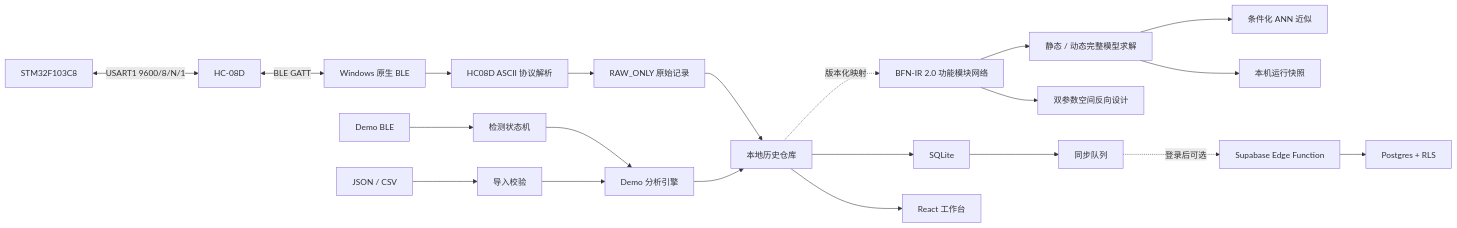
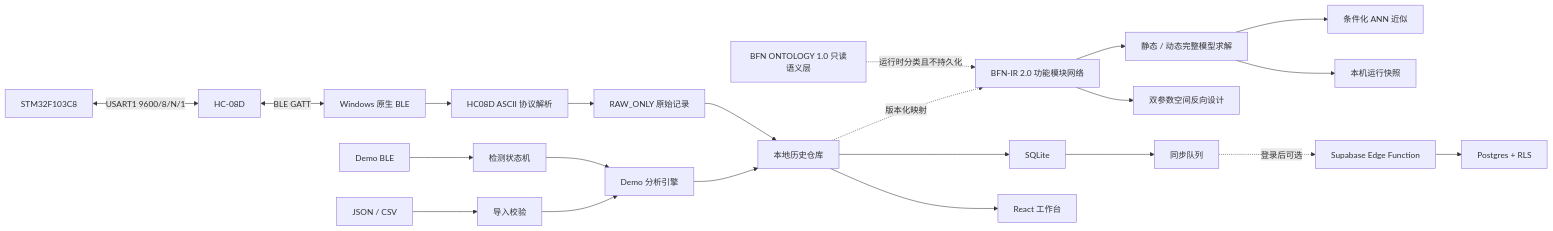
The diagram in docs/architecture.md (bulbel-magnolia/fluorescence-detection-workbench), drawn with Mermaid before and after one commit. The commit also changed other lines of this file and 12 other files, not shown here.

Commit message:
feat(bfn): add semantic ontology registry

````diff
--- a/docs/architecture.md
+++ b/docs/architecture.md
@@ -16,26 +16,28 @@
 ```mermaid
 flowchart LR
   STM["STM32F103C8"] <-->|"USART1 9600/8/N/1"| HC["HC-08D"]
   HC <-->|"BLE GATT"| WIN["Windows 原生 BLE"]
   WIN --> P["HC08D ASCII 协议解析"]
   P --> RAW["RAW_ONLY 原始记录"]
 
   MOCK["Demo BLE"] --> DS["检测状态机"]
   DS --> A["Demo 分析引擎"]
   FILE["JSON / CSV"] --> I["导入校验"]
   I --> A
+
+  ONTO[BFN ONTOLOGY 1.0 只读语义层] -. 运行时分类且不持久化 .-> MODEL
 
   MODEL["BFN-IR 2.0 功能模块网络"] --> SIM["静态 / 动态完整模型求解"]
   SIM --> ANN["条件化 ANN 近似"]
   SIM --> RUNS["本机运行快照"]
   MODEL --> INV["双参数空间反向设计"]
   H -. "版本化映射" .-> MODEL
 
   RAW --> H["本地历史仓库"]
   A --> H
   H --> DB["SQLite"]
   H --> UI["React 工作台"]
   DB --> Q["同步队列"]
   Q -. "登录后可选" .-> EDGE["Supabase Edge Function"]
   EDGE --> PG["Postgres + RLS"]
 ```
````
